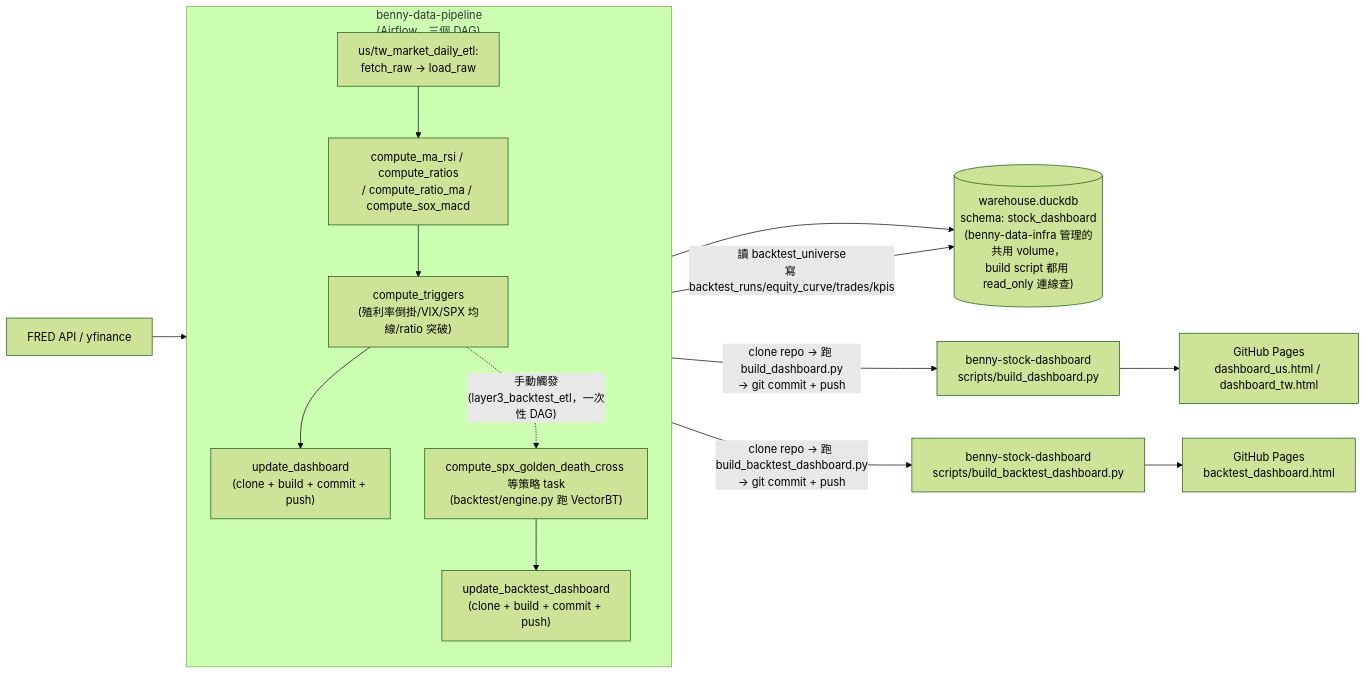
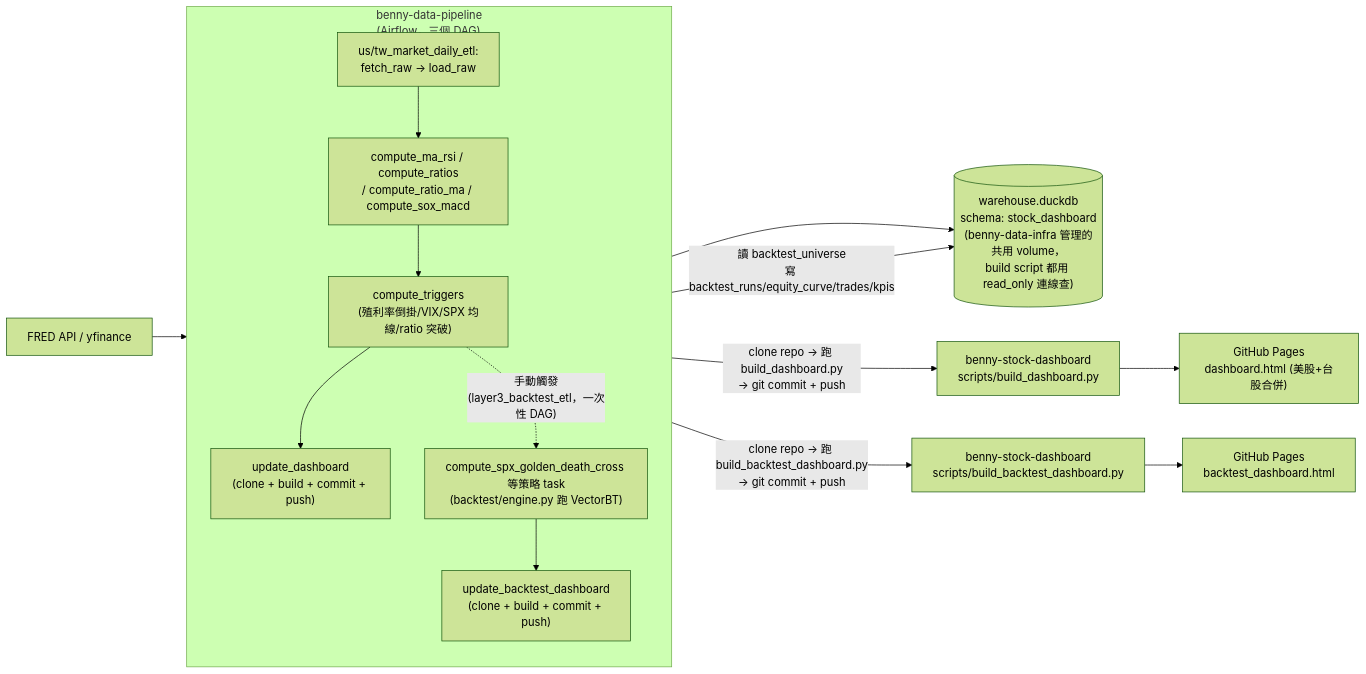
Before and after one commit to Benny0624/benny-stock-dashboard: the diagram in README.md, drawn with Mermaid (forest theme). The commit also changed other lines of this file and 6 other files, not shown here.

````diff
--- a/README.md
+++ b/README.md
@@ -48,18 +47,18 @@
 ```mermaid
 flowchart LR
     API["FRED API / yfinance"] --> DAG
     subgraph DAG["benny-data-pipeline<br/>(Airflow，三個 DAG)"]
         direction TB
         Fetch["us/tw_market_daily_etl:<br/>fetch_raw → load_raw"] --> Silver["compute_ma_rsi / compute_ratios<br/>/ compute_ratio_ma / compute_sox_macd"]
         Silver --> Triggers["compute_triggers<br/>(殖利率倒掛/VIX/SPX 均線/ratio 突破)"]
         Triggers --> UpdateDash["update_dashboard<br/>(clone + build + commit + push)"]
         Triggers -.->|"手動觸發<br/>(layer3_backtest_etl，一次性 DAG)"| Backtest["compute_spx_golden_death_cross 等策略 task<br/>(backtest/engine.py 跑 VectorBT)"]
         Backtest --> UpdateBacktestDash["update_backtest_dashboard<br/>(clone + build + commit + push)"]
     end
     UpdateDash --> DuckDB[("warehouse.duckdb<br/>schema: stock_dashboard<br/>(benny-data-infra 管理的共用 volume，<br/>build script 都用 read_only 連線查)")]
     Backtest -->|"讀 backtest_universe<br/>寫 backtest_runs/equity_curve/trades/kpis"| DuckDB
     UpdateDash -- "clone repo → 跑 build_dashboard.py<br/>→ git commit + push" --> Build["benny-stock-dashboard<br/>scripts/build_dashboard.py"]
-    Build --> Pages["GitHub Pages<br/>dashboard_us.html / dashboard_tw.html"]
+    Build --> Pages["GitHub Pages<br/>dashboard.html (美股+台股合併)"]
     UpdateBacktestDash -- "clone repo → 跑 build_backtest_dashboard.py<br/>→ git commit + push" --> Build2["benny-stock-dashboard<br/>scripts/build_backtest_dashboard.py"]
     Build2 --> Pages2["GitHub Pages<br/>backtest_dashboard.html"]
 ```
````
